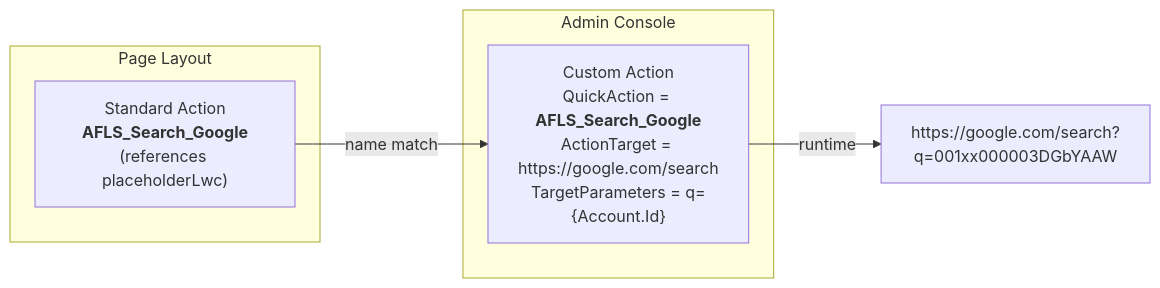
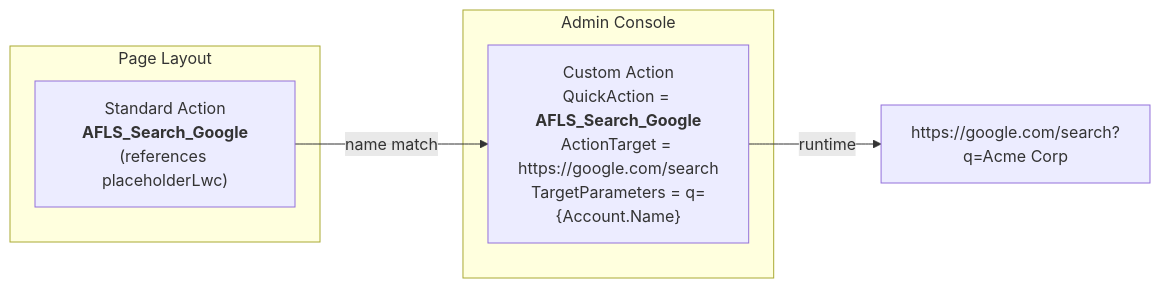
One commit to afls-ideas/Custom_Action_Starter_Kit changed the second of 2 diagrams in README.md. Above: the diagram before and after it, drawn with Mermaid. The commit also changed other lines of this file and 1 other file, not shown here.

Commit message:
Revert Google search parameter back to Account.Name

````diff
--- a/README.md
+++ b/README.md
@@ -67,13 +67,13 @@
 ```mermaid
 flowchart LR
     subgraph Page Layout
         QA["Standard Action<br/><b>AFLS_Search_Google</b><br/>(references placeholderLwc)"]
     end
 
     subgraph Admin Console
-        CA["Custom Action<br/>QuickAction = <b>AFLS_Search_Google</b><br/>ActionTarget = https://google.com/search<br/>TargetParameters = q={Account.Id}"]
+        CA["Custom Action<br/>QuickAction = <b>AFLS_Search_Google</b><br/>ActionTarget = https://google.com/search<br/>TargetParameters = q={Account.Name}"]
     end
 
     QA -- "name match" --> CA
-    CA -- "runtime" --> URL["https://google.com/search?q=001xx000003DGbYAAW"]
+    CA -- "runtime" --> URL["https://google.com/search?q=Acme Corp"]
 ```
````
